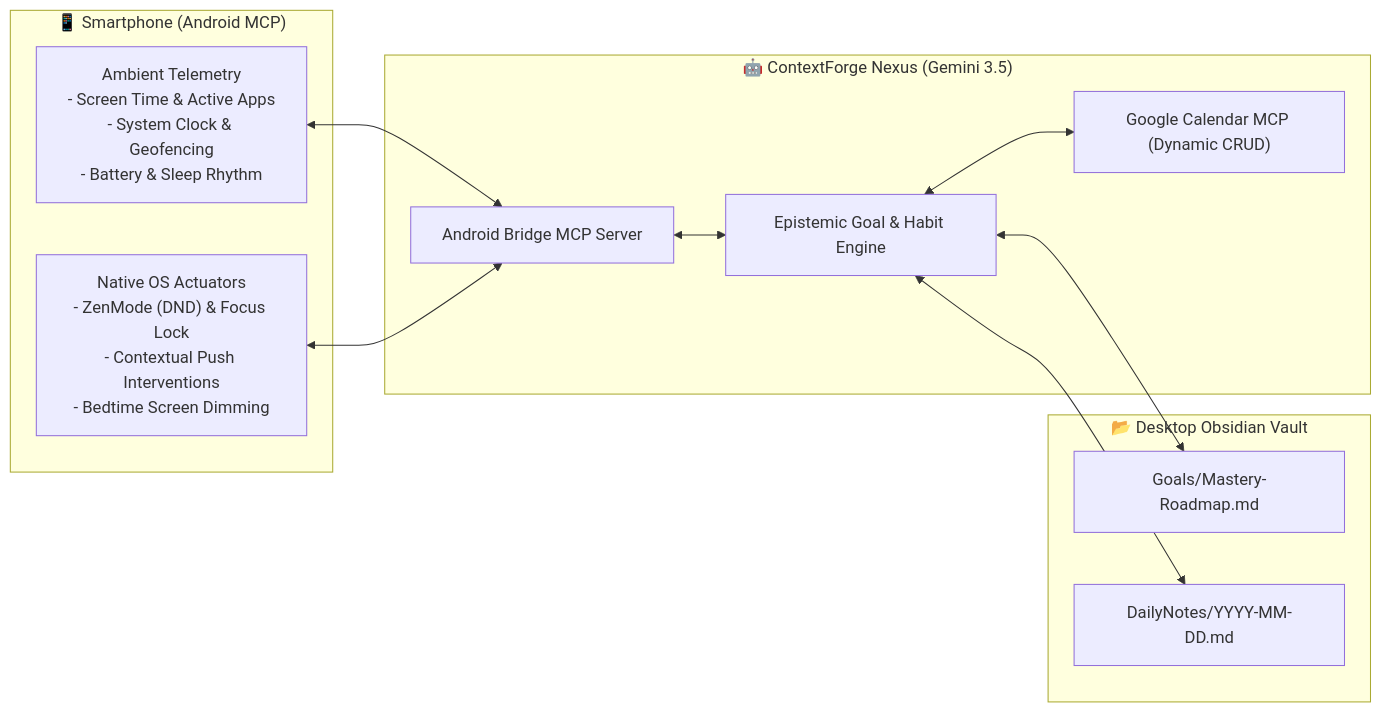
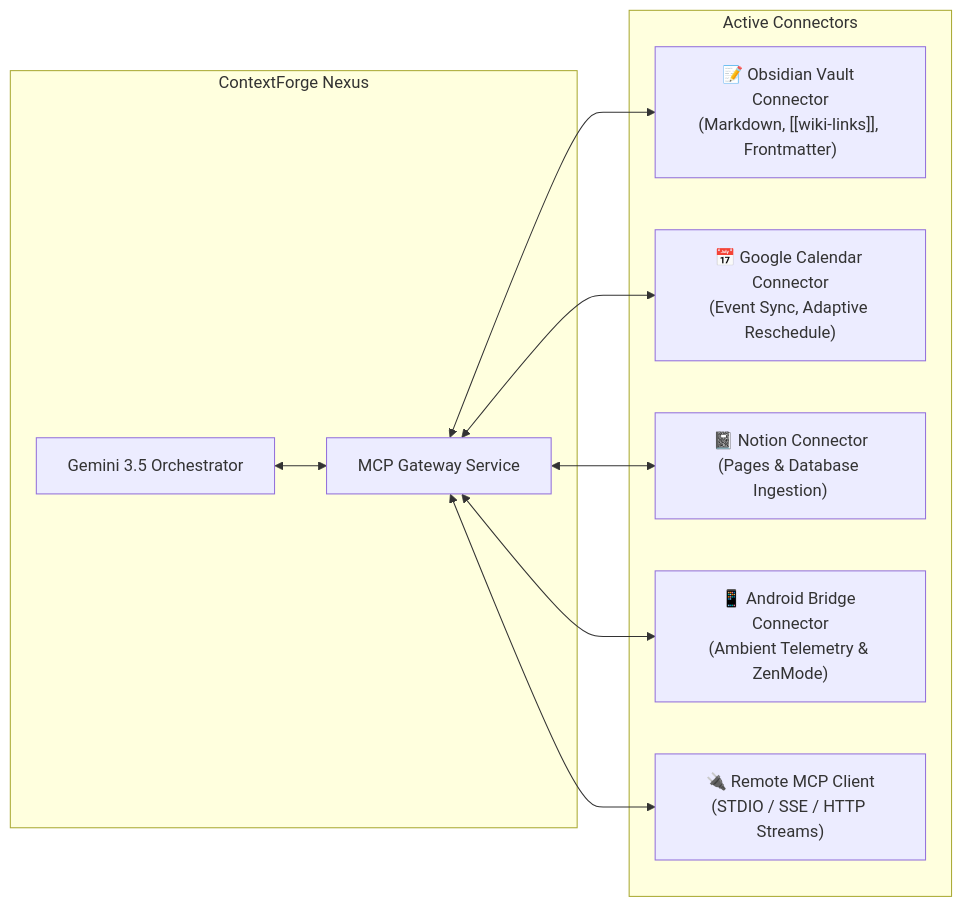
The second of 2 diagrams in README.md (hasibashari/contextforge), drawn with Mermaid before and after one commit. The commit also changed other lines of this file, not shown here.

Commit message:
docs: overhaul README with comprehensive architecture diagrams, feature specifications, and technology stack updates

````diff
--- a/README.md
+++ b/README.md
@@ -321,25 +420,22 @@
 ```mermaid
 graph LR
-    subgraph Mobile ["📱 Smartphone (Android MCP)"]
-        A["Ambient Telemetry<br/>- Screen Time & Active Apps<br/>- System Clock & Geofencing<br/>- Battery & Sleep Rhythm"]
-        B["Native OS Actuators<br/>- ZenMode (DND) & Focus Lock<br/>- Contextual Push Interventions<br/>- Bedtime Screen Dimming"]
+    subgraph ContextForge ["ContextForge Nexus"]
+        Gateway["MCP Gateway Service"]
+        Agent["Gemini 3.5 Orchestrator"]
     end
 
-    subgraph Core ["🤖 ContextForge Nexus (Gemini 3.5)"]
-        C["Android Bridge MCP Server"]
-        D["Epistemic Goal & Habit Engine"]
-        E["Google Calendar MCP (Dynamic CRUD)"]
+    subgraph Connectors ["Active Connectors"]
+        Obsidian["📝 Obsidian Vault Connector<br/>(Markdown, [[wiki-links]], Frontmatter)"]
+        GCal["📅 Google Calendar Connector<br/>(Event Sync, Adaptive Reschedule)"]
+        Notion["📓 Notion Connector<br/>(Pages & Database Ingestion)"]
+        Android["📱 Android Bridge Connector<br/>(Ambient Telemetry & ZenMode)"]
+        Generic["🔌 Remote MCP Client<br/>(STDIO / SSE / HTTP Streams)"]
     end
 
-    subgraph Local ["📂 Desktop Obsidian Vault"]
-        F["Goals/Mastery-Roadmap.md"]
-        G["DailyNotes/YYYY-MM-DD.md"]
-    end
-
-    A <--> C
-    B <--> C
-    C <--> D
-    D <--> E
-    D <--> F
-    D <--> G
+    Agent <--> Gateway
+    Gateway <--> Obsidian
+    Gateway <--> GCal
+    Gateway <--> Notion
+    Gateway <--> Android
+    Gateway <--> Generic
 ```
````
